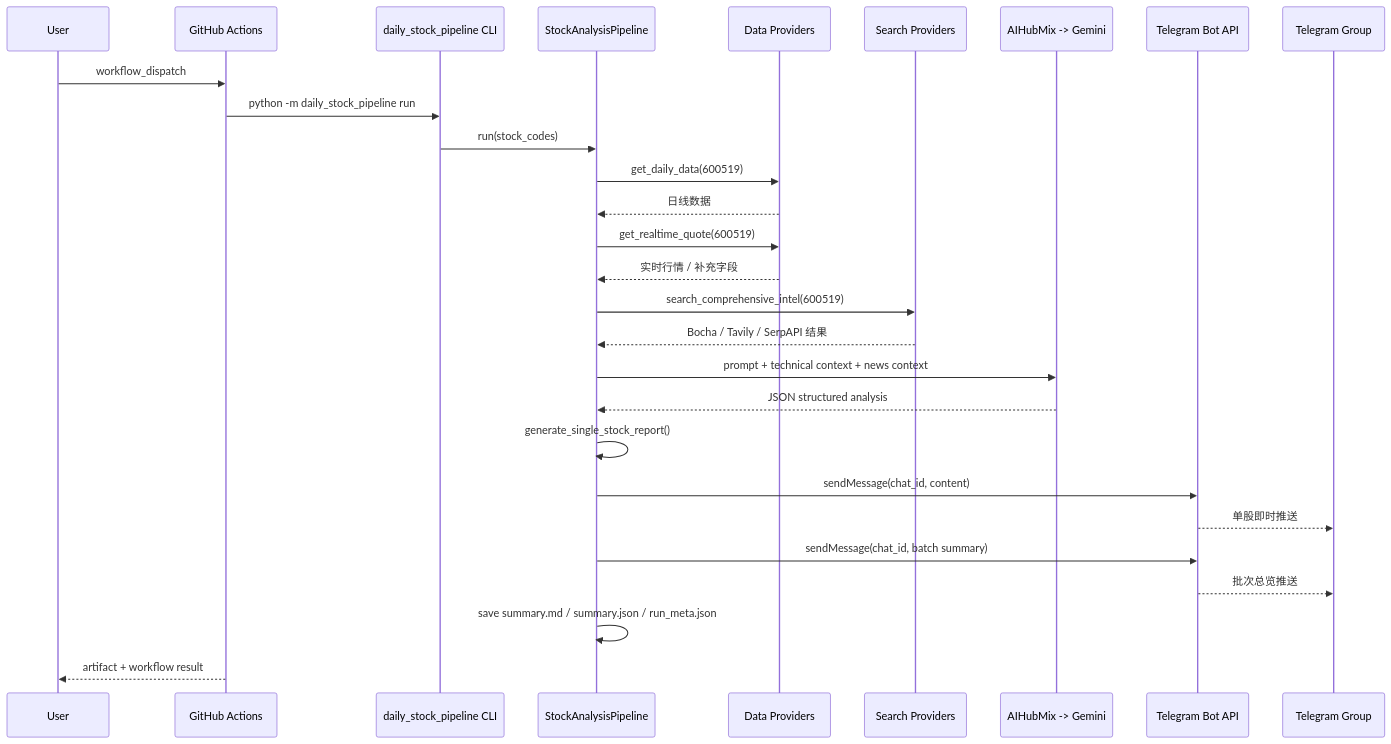
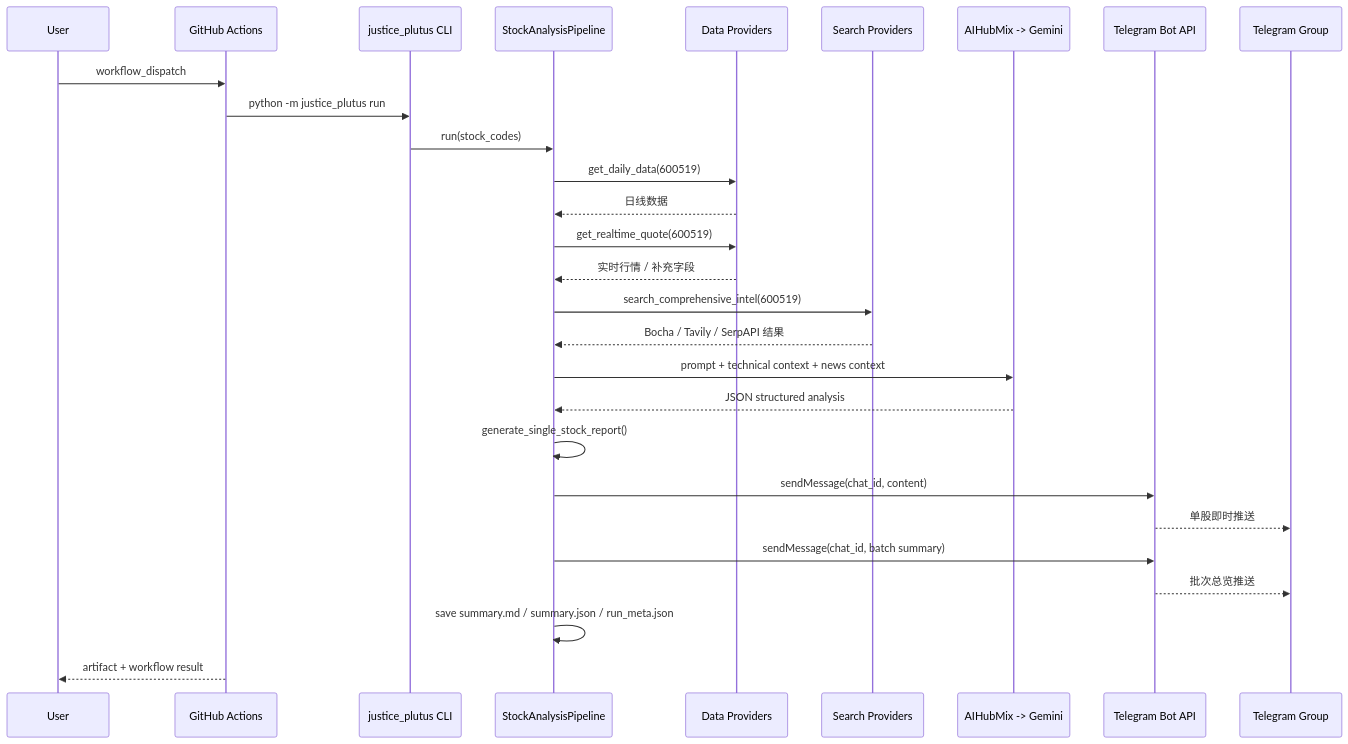
Before and after one commit to Etherstrings/JusticePlutus: the second of 2 diagrams in docs/QUICKSTART_ARCHITECTURE.md, drawn with Mermaid. The commit also changed other lines of this file and 22 other files, not shown here.

Commit message:
feat: consolidate justice_plutus flow docs and chip fallback chain

````diff
--- a/docs/QUICKSTART_ARCHITECTURE.md
+++ b/docs/QUICKSTART_ARCHITECTURE.md
@@ -183,38 +183,38 @@
 ```mermaid
 sequenceDiagram
     participant U as User
     participant GH as GitHub Actions
-    participant CLI as daily_stock_pipeline CLI
+    participant CLI as justice_plutus CLI
     participant PIPE as StockAnalysisPipeline
     participant DATA as Data Providers
     participant SEARCH as Search Providers
     participant LLM as AIHubMix -> Gemini
     participant TG as Telegram Bot API
     participant GROUP as Telegram Group
 
     U->>GH: workflow_dispatch
-    GH->>CLI: python -m daily_stock_pipeline run
+    GH->>CLI: python -m justice_plutus run
     CLI->>PIPE: run(stock_codes)
 
     PIPE->>DATA: get_daily_data(600519)
     DATA-->>PIPE: 日线数据
 
     PIPE->>DATA: get_realtime_quote(600519)
     DATA-->>PIPE: 实时行情 / 补充字段
 
     PIPE->>SEARCH: search_comprehensive_intel(600519)
     SEARCH-->>PIPE: Bocha / Tavily / SerpAPI 结果
 
     PIPE->>LLM: prompt + technical context + news context
     LLM-->>PIPE: JSON structured analysis
 
     PIPE->>PIPE: generate_single_stock_report()
     PIPE->>TG: sendMessage(chat_id, content)
     TG-->>GROUP: 单股即时推送
 
     PIPE->>TG: sendMessage(chat_id, batch summary)
     TG-->>GROUP: 批次总览推送
 
     PIPE->>PIPE: save summary.md / summary.json / run_meta.json
     GH-->>U: artifact + workflow result
 ```
````
